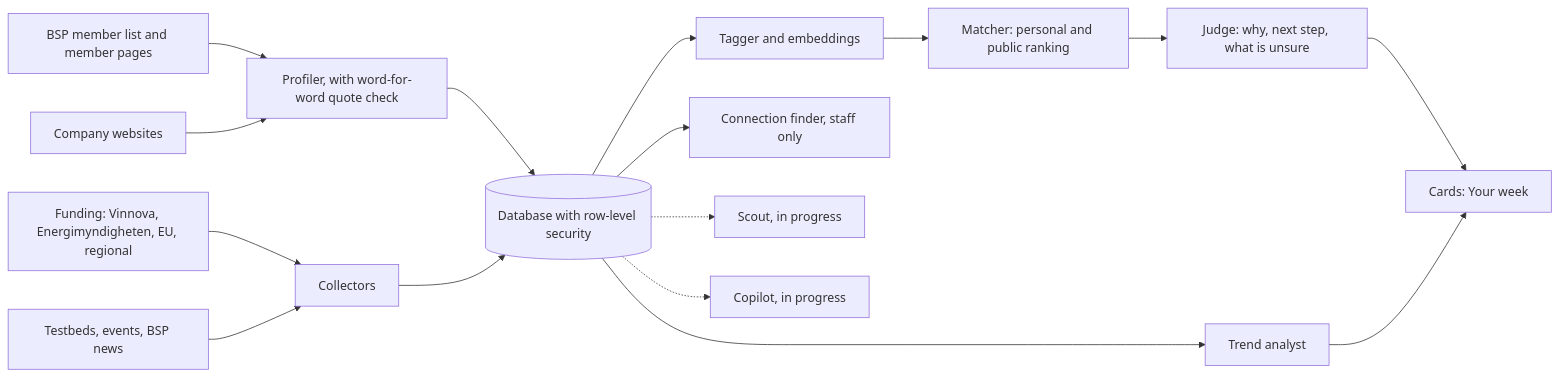
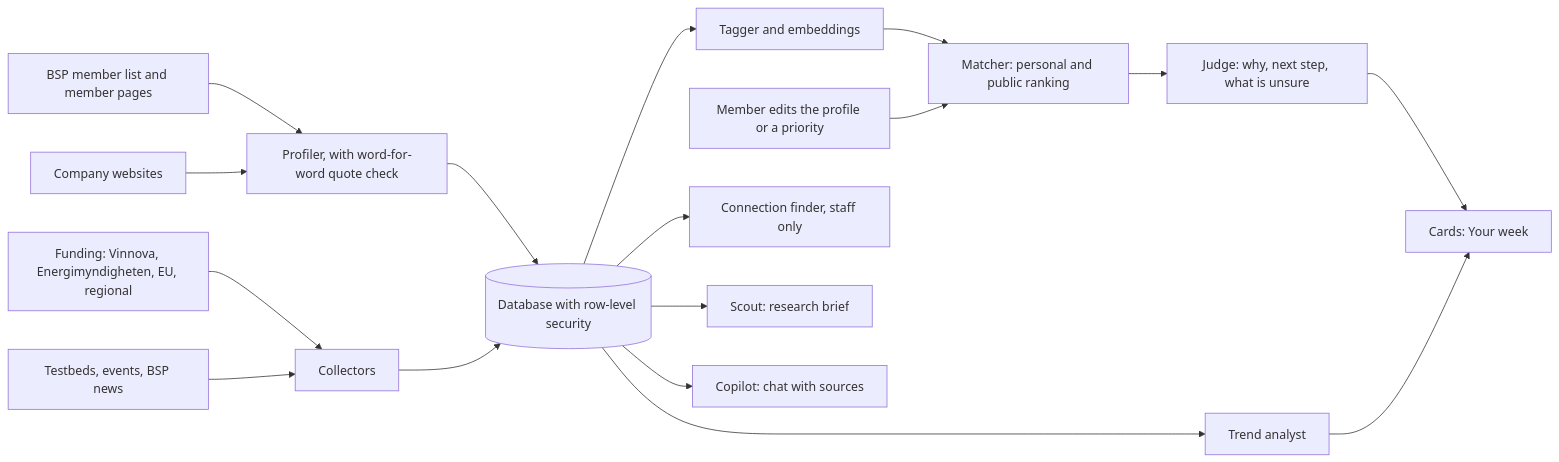
Before and after one commit to KokoobiGO/Virtual-Science-Park: the diagram in docs/solution-explainer.md, drawn with Mermaid. The commit also changed other lines of this file and 6 other files, not shown here.

````diff
--- a/docs/solution-explainer.md
+++ b/docs/solution-explainer.md
@@ -8,18 +8,19 @@
 ```mermaid
 flowchart LR
   S1["BSP member list and member pages"] --> P["Profiler, with word-for-word quote check"]
   S2["Company websites"] --> P
   S3["Funding: Vinnova, Energimyndigheten, EU, regional"] --> C["Collectors"]
   S4["Testbeds, events, BSP news"] --> C
   P --> DB[("Database with row-level security")]
   C --> DB
   DB --> T["Tagger and embeddings"]
   T --> M["Matcher: personal and public ranking"]
   M --> J["Judge: why, next step, what is unsure"]
   J --> W["Cards: Your week"]
   DB --> TR["Trend analyst"]
   TR --> W
+  E["Member edits the profile or a priority"] --> M
   DB --> CF["Connection finder, staff only"]
-  DB -.-> SC["Scout, in progress"]
-  DB -.-> CP["Copilot, in progress"]
+  DB --> SC["Scout: research brief"]
+  DB --> CP["Copilot: chat with sources"]
 ```
````
